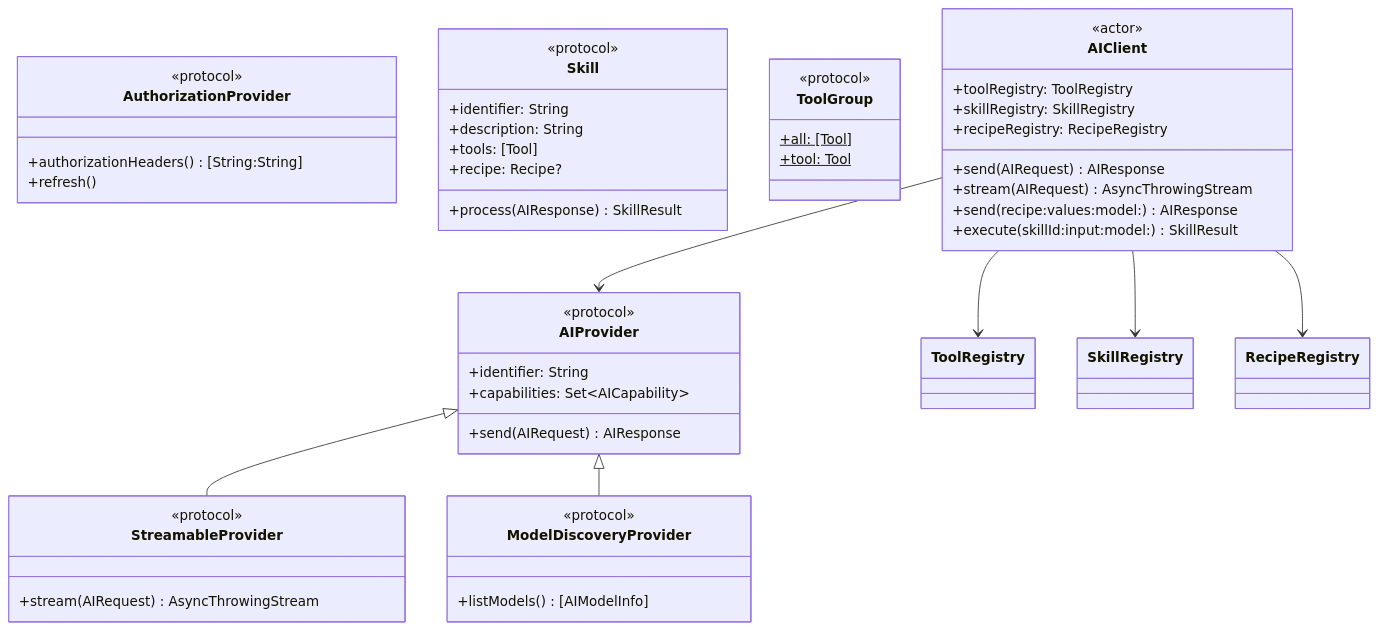
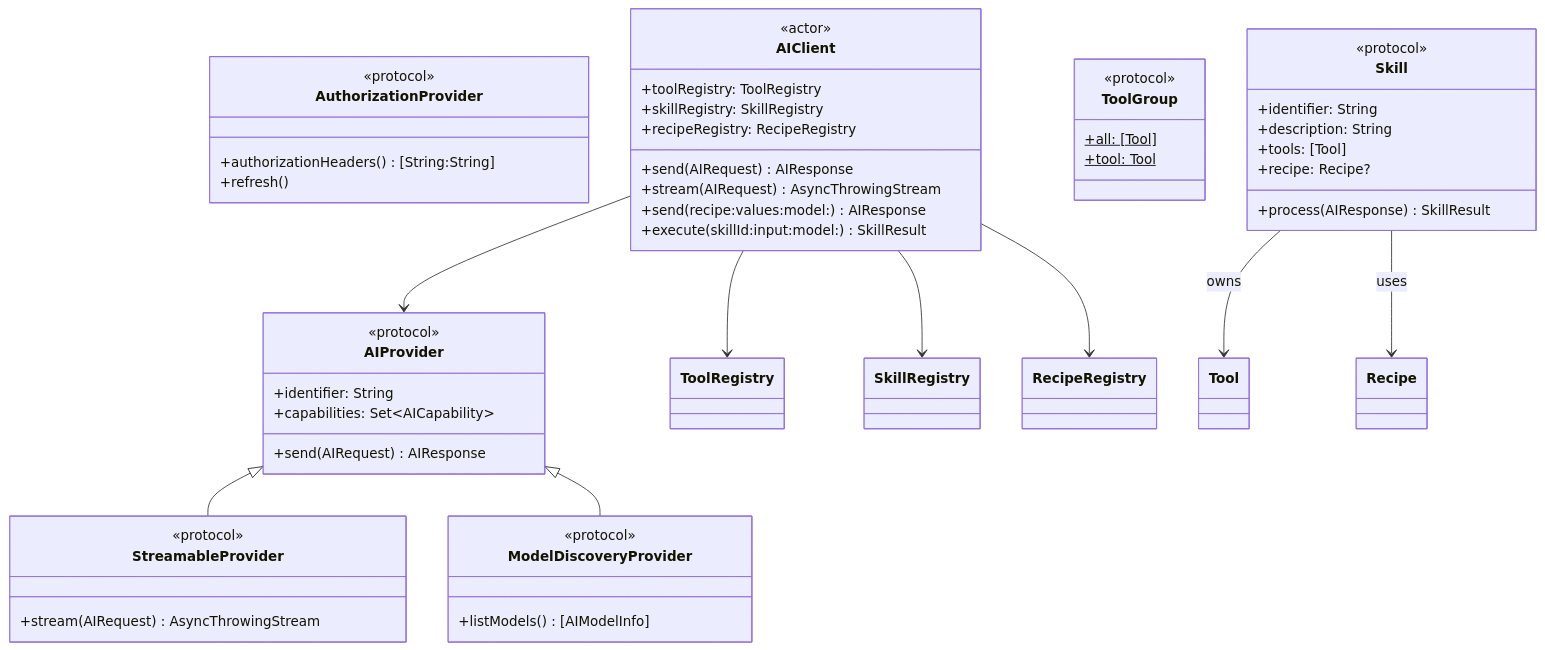
One commit to molayab/swift-ai-provider-kit changed the second of 8 diagrams in Documentation/Architecture.md. Above: the diagram before and after it, drawn with Mermaid. The commit also changed other lines of this file and 1 other file, not shown here.

````diff
--- a/Documentation/Architecture.md
+++ b/Documentation/Architecture.md
@@ -78,58 +78,60 @@
 ```mermaid
 classDiagram
     class AIProvider {
         <<protocol>>
         +identifier: String
         +capabilities: Set~AICapability~
         +send(AIRequest) AIResponse
     }
 
     class StreamableProvider {
         <<protocol>>
         +stream(AIRequest) AsyncThrowingStream
     }
 
     class ModelDiscoveryProvider {
         <<protocol>>
         +listModels() [AIModelInfo]
     }
 
     class AuthorizationProvider {
         <<protocol>>
         +authorizationHeaders() [String:String]
         +refresh()
     }
 
     class Skill {
         <<protocol>>
         +identifier: String
         +description: String
         +tools: [Tool]
         +recipe: Recipe?
         +process(AIResponse) SkillResult
     }
 
     class ToolGroup {
         <<protocol>>
         +all: [Tool]$
         +tool: Tool$
     }
 
     class AIClient {
         <<actor>>
         +toolRegistry: ToolRegistry
         +skillRegistry: SkillRegistry
         +recipeRegistry: RecipeRegistry
         +send(AIRequest) AIResponse
         +stream(AIRequest) AsyncThrowingStream
         +send(recipe:values:model:) AIResponse
         +execute(skillId:input:model:) SkillResult
     }
 
     AIProvider <|-- StreamableProvider
     AIProvider <|-- ModelDiscoveryProvider
     AIClient --> AIProvider
     AIClient --> ToolRegistry
     AIClient --> SkillRegistry
     AIClient --> RecipeRegistry
+    Skill --> Tool : owns
+    Skill --> Recipe : uses
 ```
````
